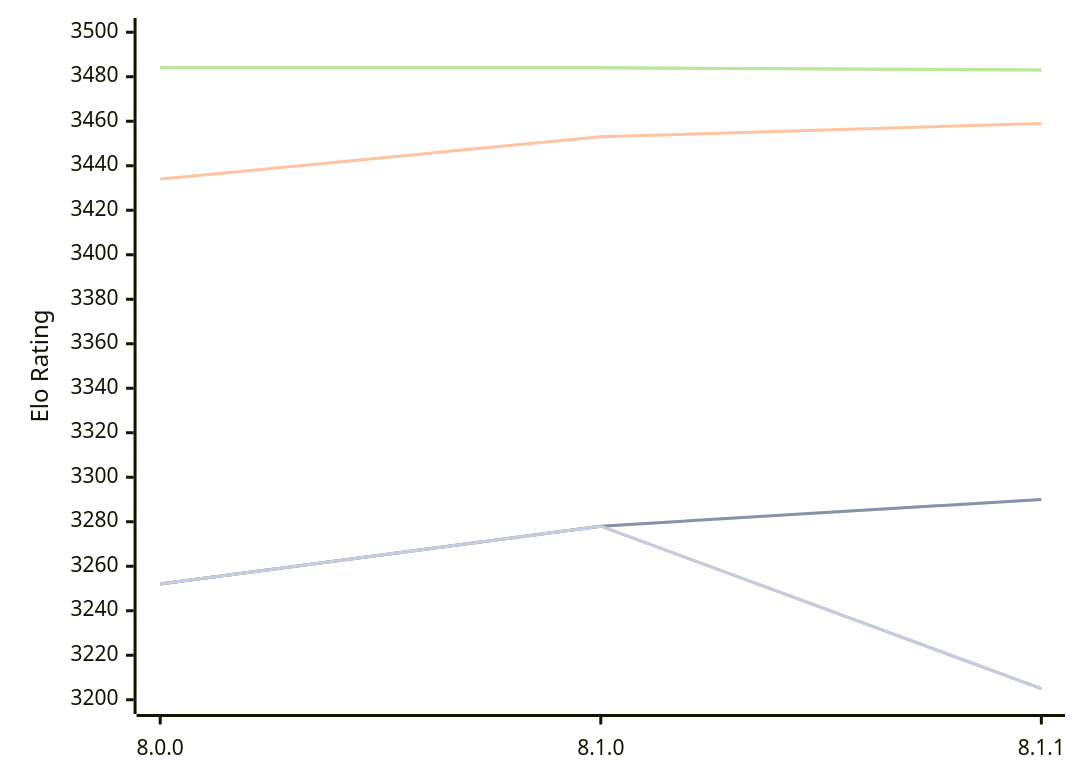
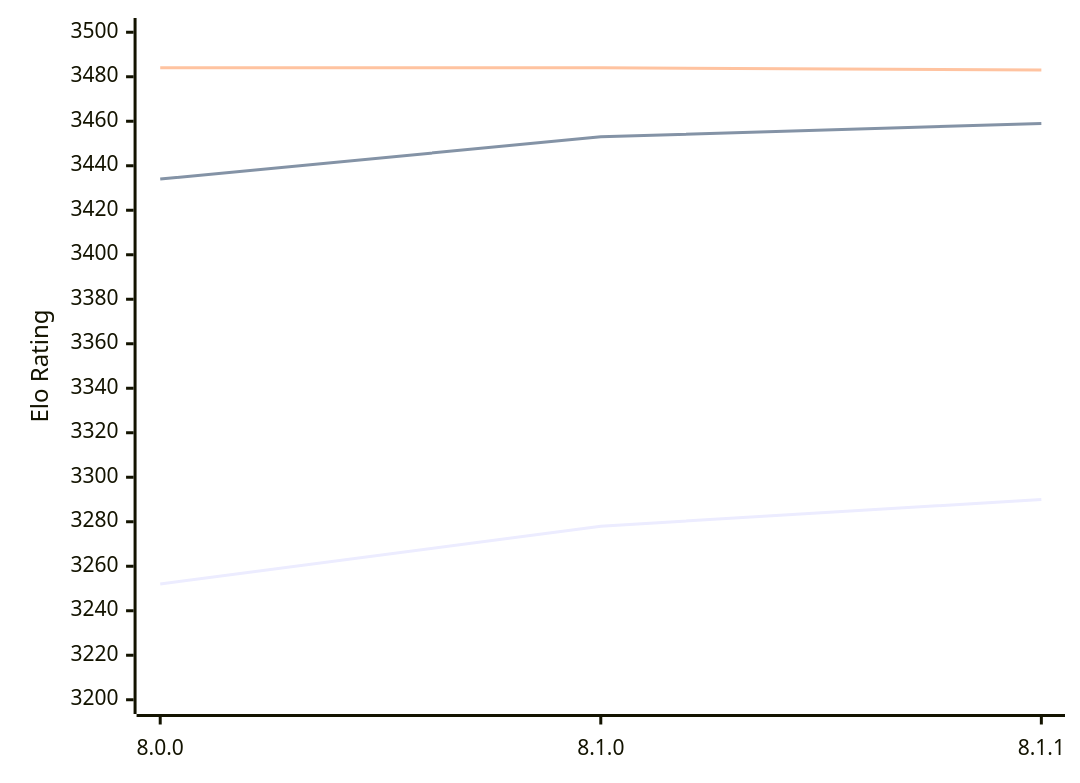
Before and after one commit to computer-chess-index/cci: the diagram in engines/Velvet.md, drawn with Mermaid. The commit also changed other lines of this file, not shown here.

````diff
--- a/engines/Velvet.md
+++ b/engines/Velvet.md
@@ -49,13 +49,9 @@
 ```mermaid
 %%{init: {"theme":"base","themeVariables":{"seriesColors:['#a3a3a3','#222221','#faa371']}}}%%
 xychart-beta
   x-axis ["8.0.0", "8.1.0", "8.1.1"]
   y-axis "Elo Rating" 3200 --> 3500
-  line "" [3252, 3278, 3290]
   line "T1: STC (8.0+0.08s)" [3252, 3278, 3290]
   line "T1: LTC (60.0+0.60s)" [3434, 3453, 3459]
-  line "" [3484, 3484, 3483]
   line "T1: VLTC (2m24s+1.12s)" [3484, 3484, 3483]
-  line "" [3252, 3278,3205]
-  line "E1: STC (8.0+0.08s)" [3252, 3278,3205]
 ```
````
